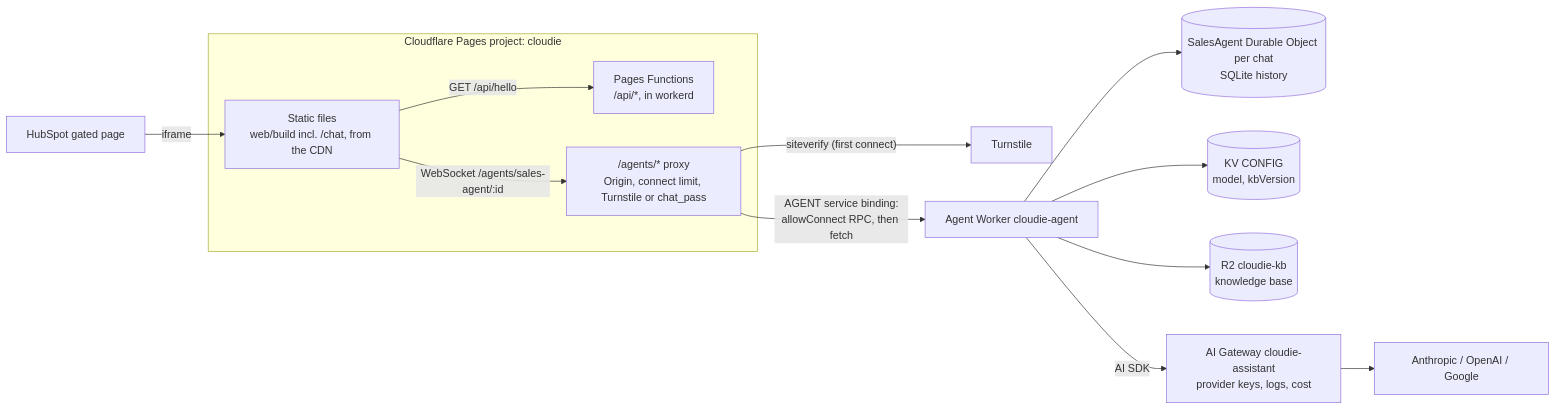
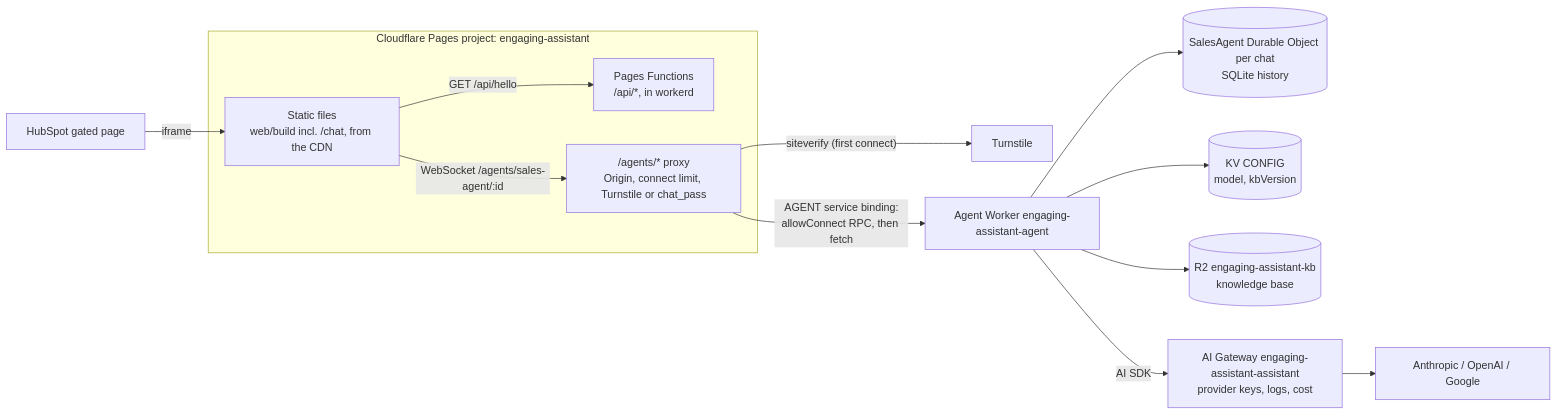
The first of 3 diagrams in docs/architecture/overview.md (randika-srimal/cloudie), drawn with Mermaid before and after one commit. The commit also changed other lines of this file and 47 other files, not shown here.

First line of the commit message:
refactor: rename project from Cloudie to Engaging Assistant

````diff
--- a/docs/architecture/overview.md
+++ b/docs/architecture/overview.md
@@ -7,18 +7,18 @@
 ```mermaid
 flowchart LR
   HS[HubSpot gated page] -->|iframe| S
-  subgraph Pages["Cloudflare Pages project: cloudie"]
+  subgraph Pages["Cloudflare Pages project: engaging-assistant"]
     S[Static files<br/>web/build incl. /chat, from the CDN]
     F[Pages Functions<br/>/api/*, in workerd]
     P["/agents/* proxy<br/>Origin, connect limit, Turnstile or chat_pass"]
   end
   S -->|"GET /api/hello"| F
   S -->|"WebSocket /agents/sales-agent/:id"| P
   P -->|"siteverify (first connect)"| T[Turnstile]
-  P -->|"AGENT service binding:<br/>allowConnect RPC, then fetch"| W[Agent Worker cloudie-agent]
+  P -->|"AGENT service binding:<br/>allowConnect RPC, then fetch"| W[Agent Worker engaging-assistant-agent]
   W --> DO[(SalesAgent Durable Object per chat<br/>SQLite history)]
   W --> KV[(KV CONFIG<br/>model, kbVersion)]
-  W --> R2[(R2 cloudie-kb<br/>knowledge base)]
-  W -->|AI SDK| GW[AI Gateway cloudie-assistant<br/>provider keys, logs, cost]
+  W --> R2[(R2 engaging-assistant-kb<br/>knowledge base)]
+  W -->|AI SDK| GW[AI Gateway engaging-assistant-assistant<br/>provider keys, logs, cost]
   GW --> LLM[Anthropic / OpenAI / Google]
 ```
````
